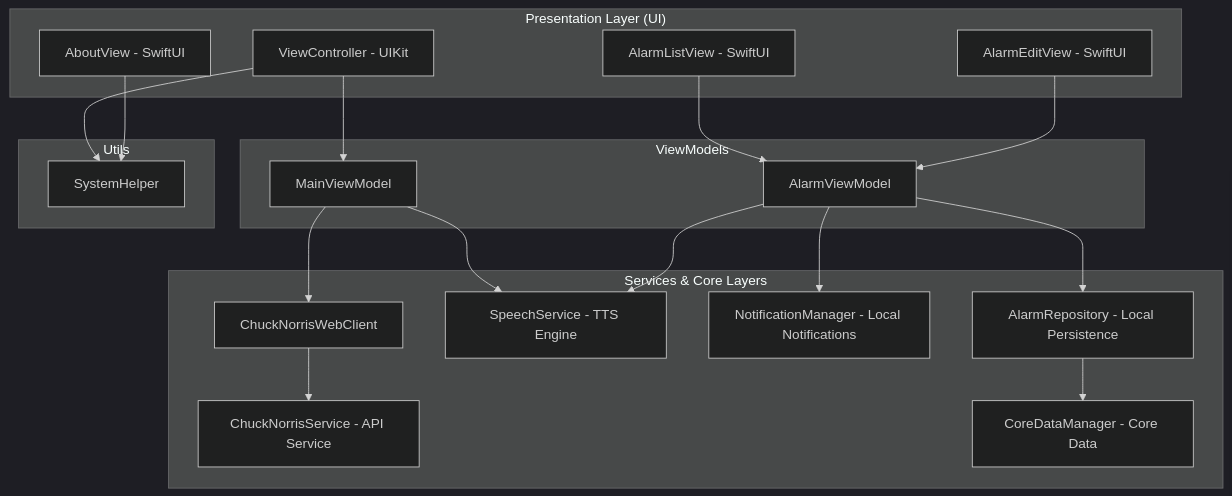
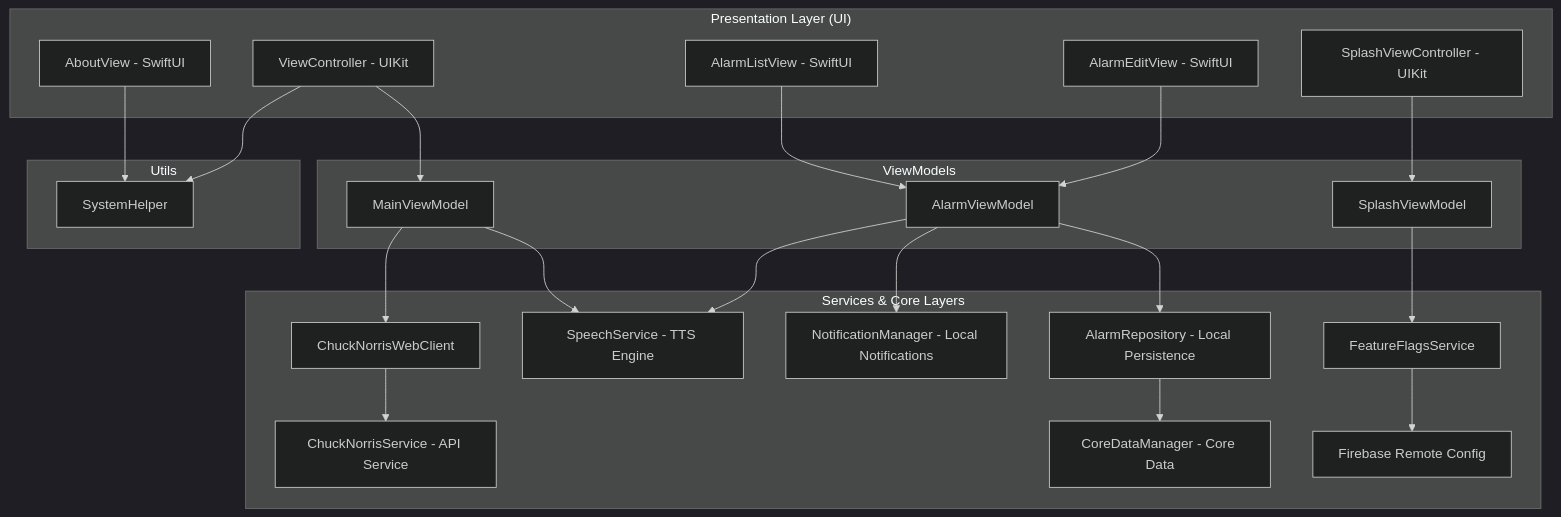
The diagram in README.md (MatheusHenAlmeida/ChuckNorrisApp), drawn with Mermaid (dark theme) before and after one commit. The commit also changed other lines of this file, not shown here.

````diff
--- a/README.md
+++ b/README.md
@@ -25,46 +29,53 @@
 ```mermaid
 graph TD
     subgraph UI ["Presentation Layer (UI)"]
         AV[AboutView - SwiftUI]
         VC[ViewController - UIKit]
         ALV[AlarmListView - SwiftUI]
         AEV[AlarmEditView - SwiftUI]
+        SVC[SplashViewController - UIKit]
     end
     
     subgraph ViewModels ["ViewModels"]
+        SVM[SplashViewModel]
         MVM[MainViewModel]
         AVM[AlarmViewModel]
     end
     
     subgraph Services ["Services & Core Layers"]
+        FFS[FeatureFlagsService]
+        FRC[Firebase Remote Config]
+        SS[SpeechService - TTS Engine]
+        WC[ChuckNorrisWebClient]
         CS[ChuckNorrisService - API Service]
-        WC[ChuckNorrisWebClient]
-        SS[SpeechService - TTS Engine]
         NM[NotificationManager - Local Notifications]
         AR[AlarmRepository - Local Persistence]
         CD[CoreDataManager - Core Data]
-        
     end
     
     subgraph Utils ["Utils"]
         SH[SystemHelper]
     end
 
-    %% UI to ViewModel / Helper relations
+    %% UI to ViewModel / Service relations
+    SVC --> SVM
     VC --> MVM
     VC --> SH
     ALV --> AVM
     AEV --> AVM
     AV --> SH
     
     %% ViewModel relations
+    SVM --> FFS
+    MVM --> SS
     MVM --> WC
-    MVM --> SS
     AVM --> AR
     AVM --> NM
     AVM --> SS
     
     %% Service & Data relations
+    %%WC --> FFS
     WC --> CS
+    FFS --> FRC
     AR --> CD
 ```
````
